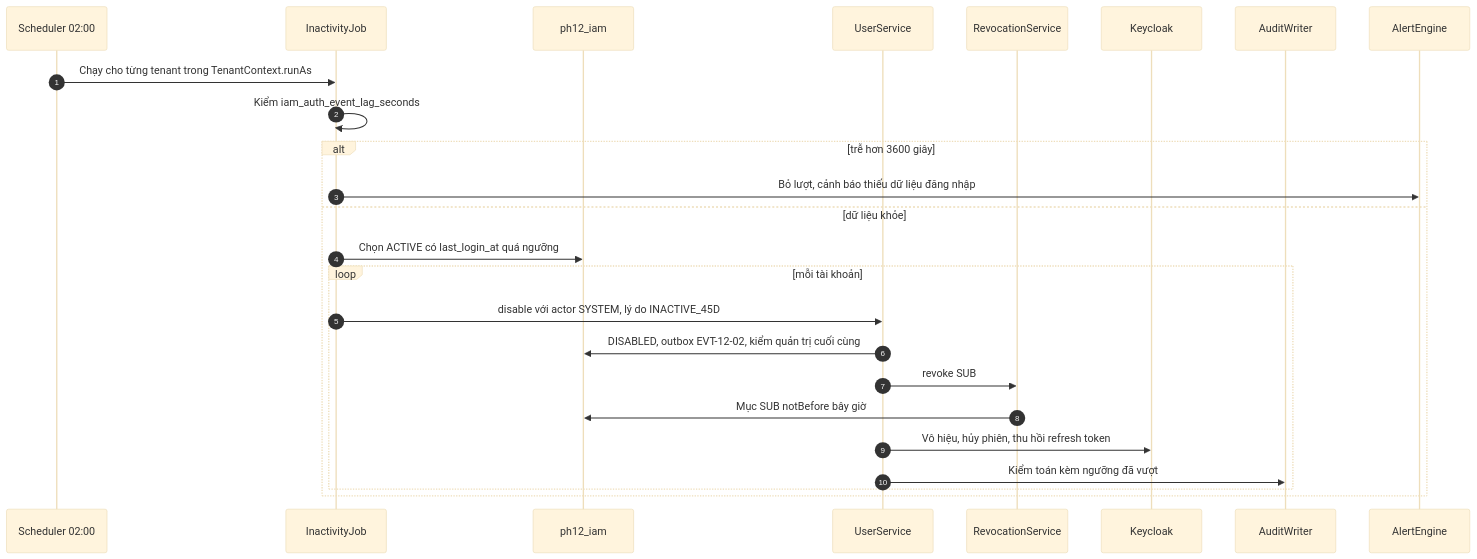
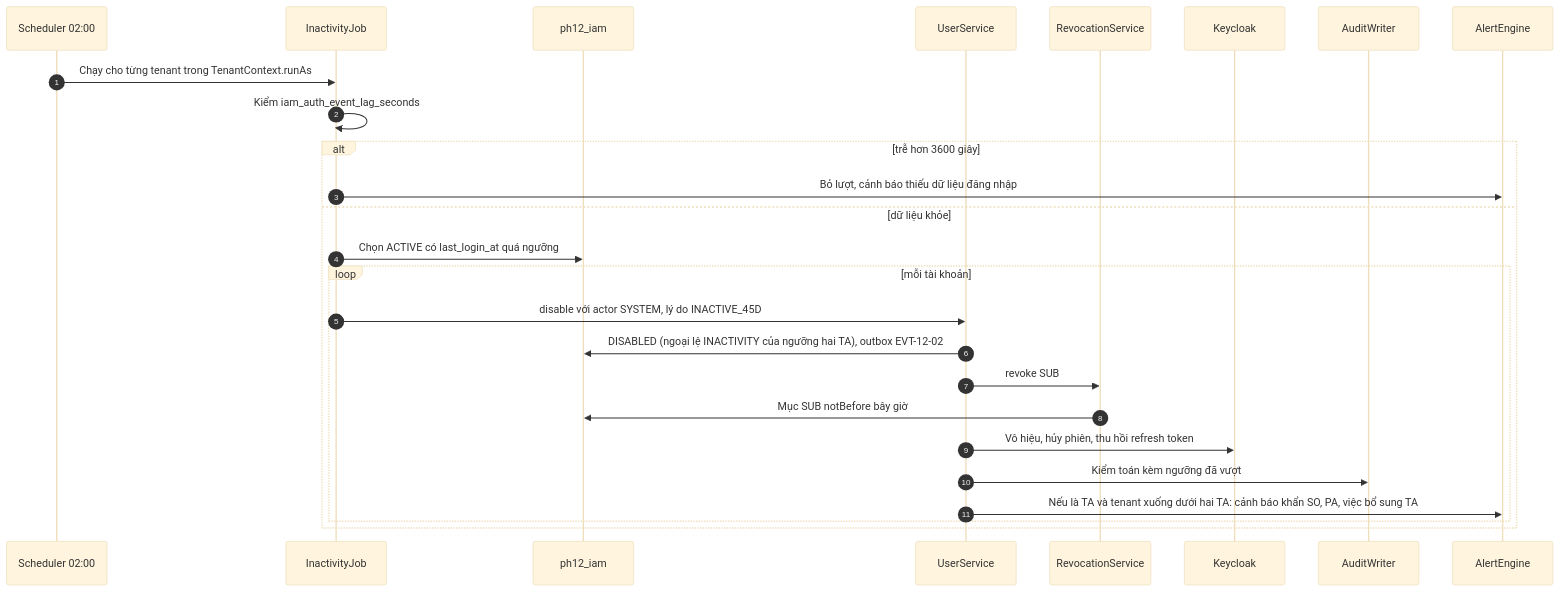
Diagram 11 of 16 in datahub-docs/03-thiet-ke/sdd/D03-02-PH12-sdd-dinh-danh-phan-quyen.md (caprocute/DATAHUB), drawn with Mermaid (base theme) before and after one commit. The commit also changed other lines of this file and 105 other files, not shown here.

First line of the commit message:
Tách mã API trùng PH-04/PH-07, test case yêu cầu mới, PH-12 chặn cứng dưới hai TA, sửa lệch FRS và OpenAPI

````diff
--- a/datahub-docs/03-thiet-ke/sdd/D03-02-PH12-sdd-dinh-danh-phan-quyen.md
+++ b/datahub-docs/03-thiet-ke/sdd/D03-02-PH12-sdd-dinh-danh-phan-quyen.md
@@ -1472,27 +1472,28 @@
 ```{.mermaid caption="Tác vụ 02:00 vô hiệu tài khoản quá 45 ngày, quản trị quá 30 ngày"}
 sequenceDiagram
   autonumber
   participant SC as Scheduler 02:00
   participant IJ as InactivityJob
   participant DB as ph12_iam
   participant US as UserService
   participant R as RevocationService
   participant KC as Keycloak
   participant AW as AuditWriter
   participant AL as AlertEngine
   SC->>IJ: Chạy cho từng tenant trong TenantContext.runAs
   IJ->>IJ: Kiểm iam_auth_event_lag_seconds
   alt trễ hơn 3600 giây
     IJ->>AL: Bỏ lượt, cảnh báo thiếu dữ liệu đăng nhập
   else dữ liệu khỏe
     IJ->>DB: Chọn ACTIVE có last_login_at quá ngưỡng
     loop mỗi tài khoản
       IJ->>US: disable với actor SYSTEM, lý do INACTIVE_45D
-      US->>DB: DISABLED, outbox EVT-12-02, kiểm quản trị cuối cùng
+      US->>DB: DISABLED (ngoại lệ INACTIVITY của ngưỡng hai TA), outbox EVT-12-02
       US->>R: revoke SUB
       R->>DB: Mục SUB notBefore bây giờ
       US->>KC: Vô hiệu, hủy phiên, thu hồi refresh token
       US->>AW: Kiểm toán kèm ngưỡng đã vượt
+      US->>AL: Nếu là TA và tenant xuống dưới hai TA: cảnh báo khẩn SO, PA, việc bổ sung TA
     end
   end
 ```
````
